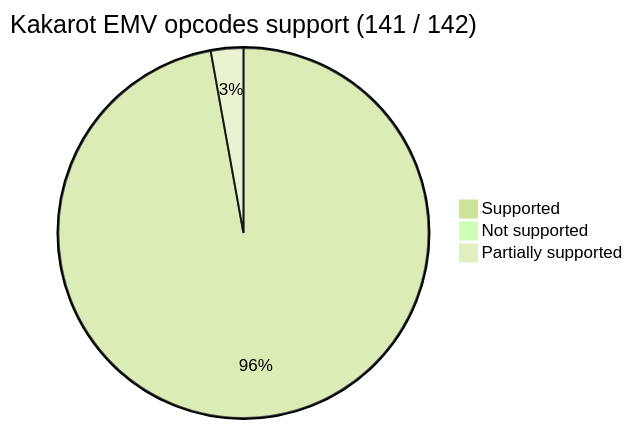
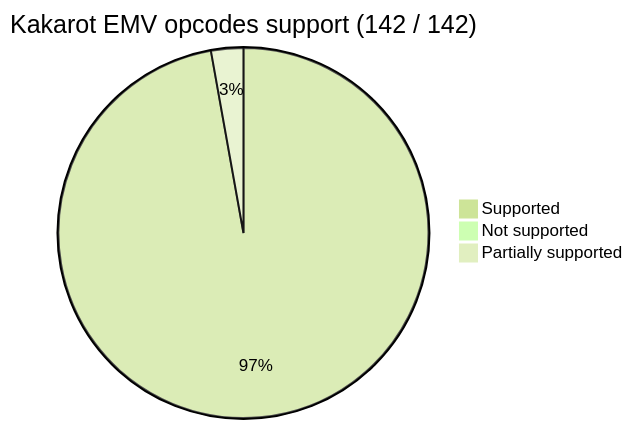
One commit to kkrt-labs/kakarot changed the first of 2 diagrams in README.md. Above: the diagram before and after it, drawn with Mermaid. The commit also changed 1 other file, not shown here.

Commit message:
✨ IT'S OVER 9000!!!!!!!

````diff
--- a/README.md
+++ b/README.md
@@ -41,8 +41,8 @@
 ```mermaid
 %%{init: {'theme': 'forest', 'themeVariables': { 'darkMode': 'false'}}}%%
 
-pie title Kakarot EMV opcodes support (141 / 142)
-    "Supported" : 137
-    "Not supported" : 1
+pie title Kakarot EMV opcodes support (142 / 142)
+    "Supported" : 138
+    "Not supported" : 0
     "Partially supported" : 4
 ```
````
